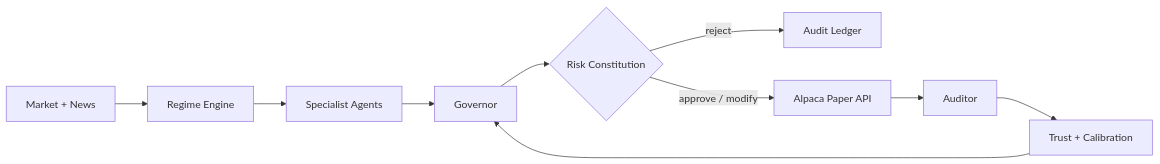
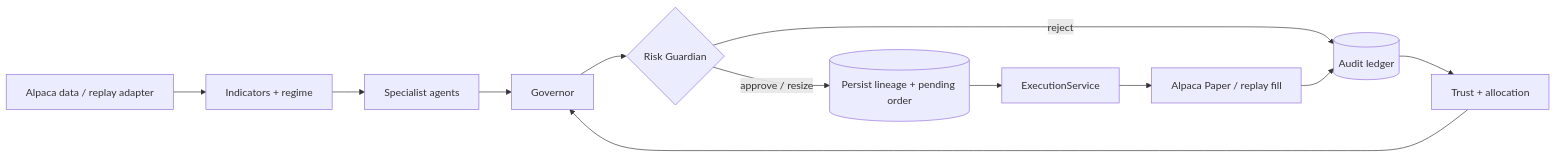
The diagram in README.md (nHallecn/AlphaGovernor), drawn with Mermaid before and after one commit. The commit also changed other lines of this file and 45 other files, not shown here.

````diff
--- a/README.md
+++ b/README.md
@@ -31,12 +19,14 @@
 ```mermaid
 flowchart LR
-  M[Market + News] --> R[Regime Engine]
-  R --> A[Specialist Agents]
+  D[Alpaca data / replay adapter] --> I[Indicators + regime]
+  I --> A[Specialist agents]
   A --> G[Governor]
-  G --> C{Risk Constitution}
-  C -->|reject| L[Audit Ledger]
-  C -->|approve / modify| P[Alpaca Paper API]
-  P --> U[Auditor]
-  U --> T[Trust + Calibration]
+  G --> R{Risk Guardian}
+  R -->|reject| U[(Audit ledger)]
+  R -->|approve / resize| P[(Persist lineage + pending order)]
+  P --> E[ExecutionService]
+  E --> X[Alpaca Paper / replay fill]
+  X --> U
+  U --> T[Trust + allocation]
   T --> G
 ```
````
